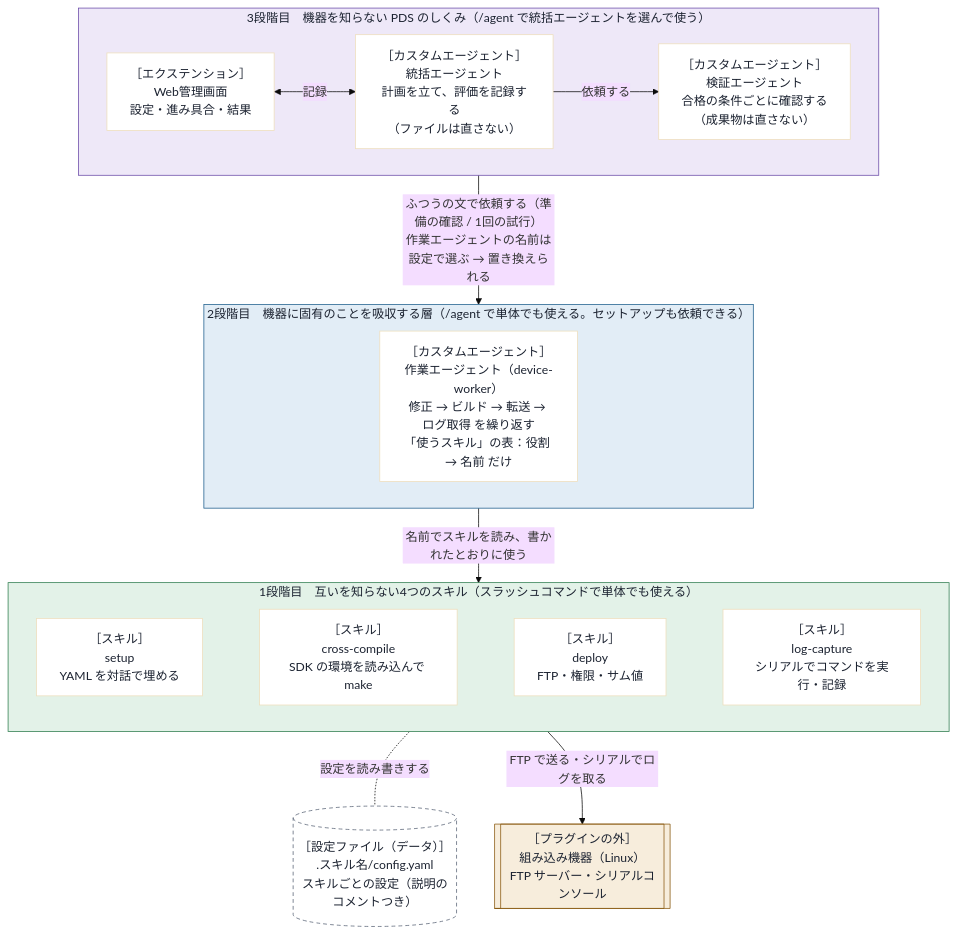
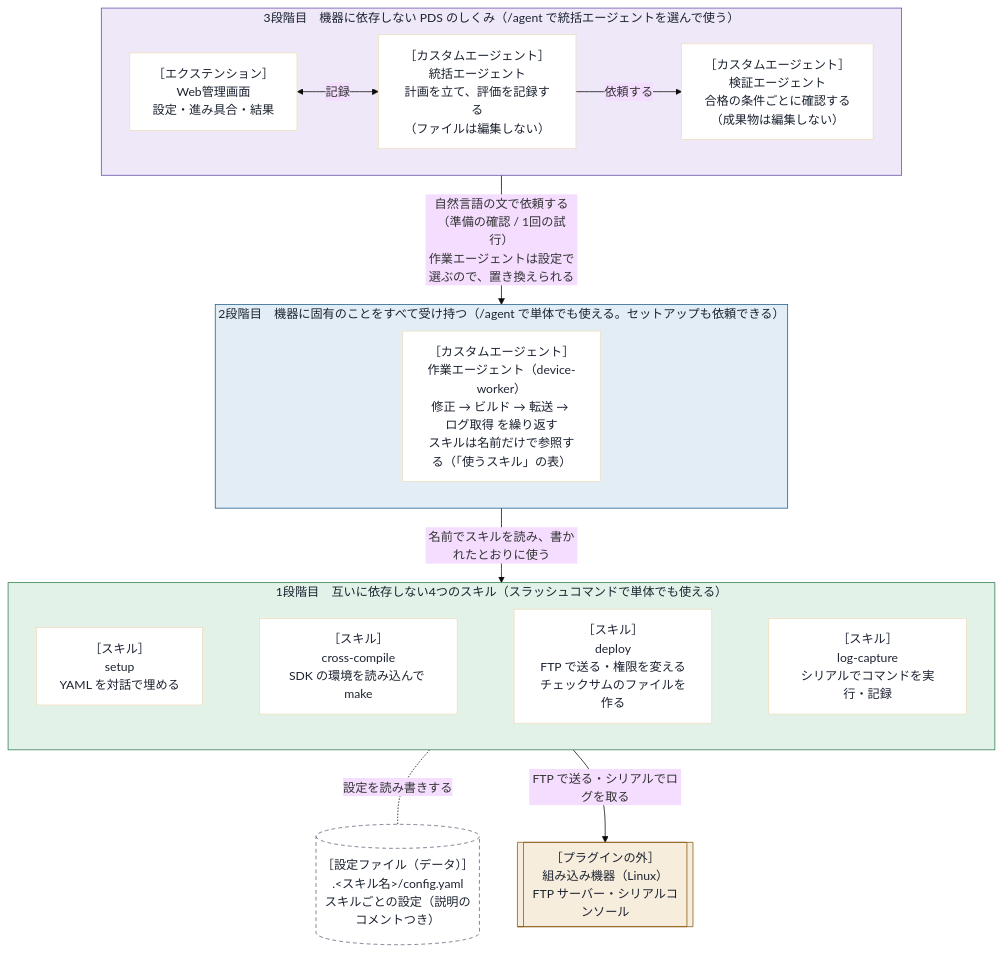
One commit to xclang-brain/plugin-market-place changed the diagram in plugins/embedded-debug-loop/docs/design/design.md. Above: the diagram before and after it, drawn with Mermaid (base theme). The commit also changed other lines of this file, not shown here.

````diff
--- a/plugins/embedded-debug-loop/docs/design/design.md
+++ b/plugins/embedded-debug-loop/docs/design/design.md
@@ -27,42 +30,42 @@
 ```mermaid
 flowchart TB
-    subgraph L3["3段階目　機器を知らない PDS のしくみ（/agent で統括エージェントを選んで使う）"]
+    subgraph L3["3段階目　機器に依存しない PDS のしくみ（/agent で統括エージェントを選んで使う）"]
         direction LR
         UI["［エクステンション］<br/>Web管理画面<br/>設定・進み具合・結果"]
-        ORC["［カスタムエージェント］<br/>統括エージェント<br/>計画を立て、評価を記録する<br/>（ファイルは直さない）"]
-        VER["［カスタムエージェント］<br/>検証エージェント<br/>合格の条件ごとに確認する<br/>（成果物は直さない）"]
+        ORC["［カスタムエージェント］<br/>統括エージェント<br/>計画を立て、評価を記録する<br/>（ファイルは編集しない）"]
+        VER["［カスタムエージェント］<br/>検証エージェント<br/>合格の条件ごとに確認する<br/>（成果物は編集しない）"]
         UI <-- "記録" --> ORC
         ORC -- "依頼する" --> VER
     end
 
-    subgraph L2["2段階目　機器に固有のことを吸収する層（/agent で単体でも使える。セットアップも依頼できる）"]
-        WRK["［カスタムエージェント］<br/>作業エージェント（device-worker）<br/>修正 → ビルド → 転送 → ログ取得 を繰り返す<br/>「使うスキル」の表：役割 → 名前 だけ"]
+    subgraph L2["2段階目　機器に固有のことをすべて受け持つ（/agent で単体でも使える。セットアップも依頼できる）"]
+        WRK["［カスタムエージェント］<br/>作業エージェント（device-worker）<br/>修正 → ビルド → 転送 → ログ取得 を繰り返す<br/>スキルは名前だけで参照する（「使うスキル」の表）"]
     end
 
-    subgraph L1["1段階目　互いを知らない4つのスキル（スラッシュコマンドで単体でも使える）"]
+    subgraph L1["1段階目　互いに依存しない4つのスキル（スラッシュコマンドで単体でも使える）"]
         direction LR
         SETUP["［スキル］<br/>setup<br/>YAML を対話で埋める"]
         CC["［スキル］<br/>cross-compile<br/>SDK の環境を読み込んで make"]
-        DEP["［スキル］<br/>deploy<br/>FTP・権限・サム値"]
+        DEP["［スキル］<br/>deploy<br/>FTP で送る・権限を変える<br/>チェックサムのファイルを作る"]
         LOG["［スキル］<br/>log-capture<br/>シリアルでコマンドを実行・記録"]
         SETUP ~~~ CC ~~~ DEP ~~~ LOG
     end
 
-    CFG[("［設定ファイル（データ）］<br/>.スキル名/config.yaml<br/>スキルごとの設定（説明のコメントつき）")]
+    CFG[("［設定ファイル（データ）］<br/>.#lt;スキル名#gt;/config.yaml<br/>スキルごとの設定（説明のコメントつき）")]
     DEV[["［プラグインの外］<br/>組み込み機器（Linux）<br/>FTP サーバー・シリアルコンソール"]]
 
-    L3 -- "ふつうの文で依頼する（準備の確認 / 1回の試行）<br/>作業エージェントの名前は設定で選ぶ → 置き換えられる" --> L2
+    L3 -- "自然言語の文で依頼する（準備の確認 / 1回の試行）<br/>作業エージェントは設定で選ぶので、置き換えられる" --> L2
     L2 -- "名前でスキルを読み、書かれたとおりに使う" --> L1
     L1 -. "設定を読み書きする" .- CFG
     L1 -- "FTP で送る・シリアルでログを取る" --> DEV
 
     style L3 fill:#eee8f8,stroke:#6a4aa8,color:#1b2230
     style L2 fill:#e2edf6,stroke:#1d5e8c,color:#1b2230
     style L1 fill:#e3f2e8,stroke:#2f7d4f,color:#1b2230
     classDef node fill:#ffffff,color:#1b2230
     classDef dev fill:#f7eddc,stroke:#8a5a12,color:#1b2230
     classDef cfg fill:#ffffff,stroke:#586275,color:#1b2230,stroke-dasharray:5 4
     class UI,ORC,VER,WRK,SETUP,CC,DEP,LOG node
     class DEV dev
     class CFG cfg
 ```
````
